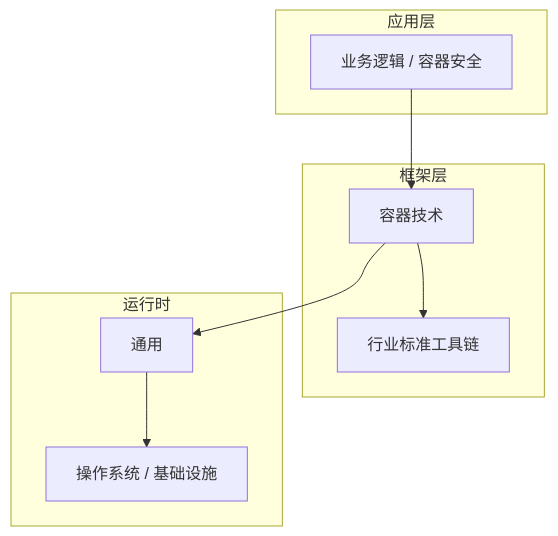
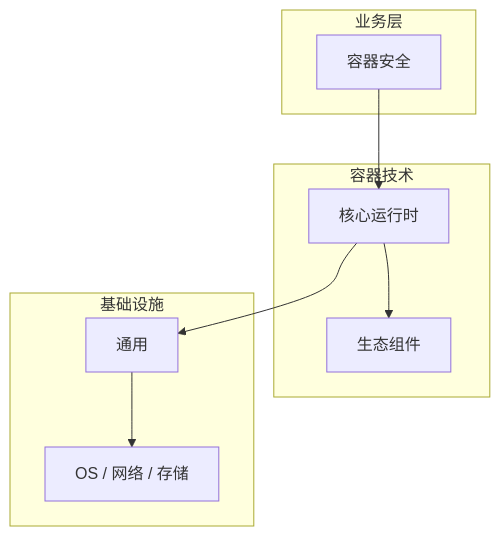
The diagram in articles/容器技术/chapters/081-容器安全核心概念与原理.md (yanggan2015/knowledge-json-v2), drawn with Mermaid before and after one commit. The commit also changed other lines of this file and 10127 other files, not shown here.

````diff
--- a/articles/容器技术/chapters/081-容器安全核心概念与原理.md
+++ b/articles/容器技术/chapters/081-容器安全核心概念与原理.md
@@ -45,18 +34,18 @@
 ```mermaid
 graph TB
-    subgraph 应用层
-        A[业务逻辑 / 容器安全]
+    subgraph 业务层
+        A[容器安全]
     end
-    subgraph 框架层
-        B[容器技术]
-        C[行业标准工具链]
+    subgraph 容器技术
+        B[核心运行时]
+        C[生态组件]
     end
-    subgraph 运行时
+    subgraph 基础设施
         D[通用]
-        E[操作系统 / 基础设施]
+        E[OS / 网络 / 存储]
     end
     A --> B
     B --> C
     B --> D
     D --> E
 ```
````
